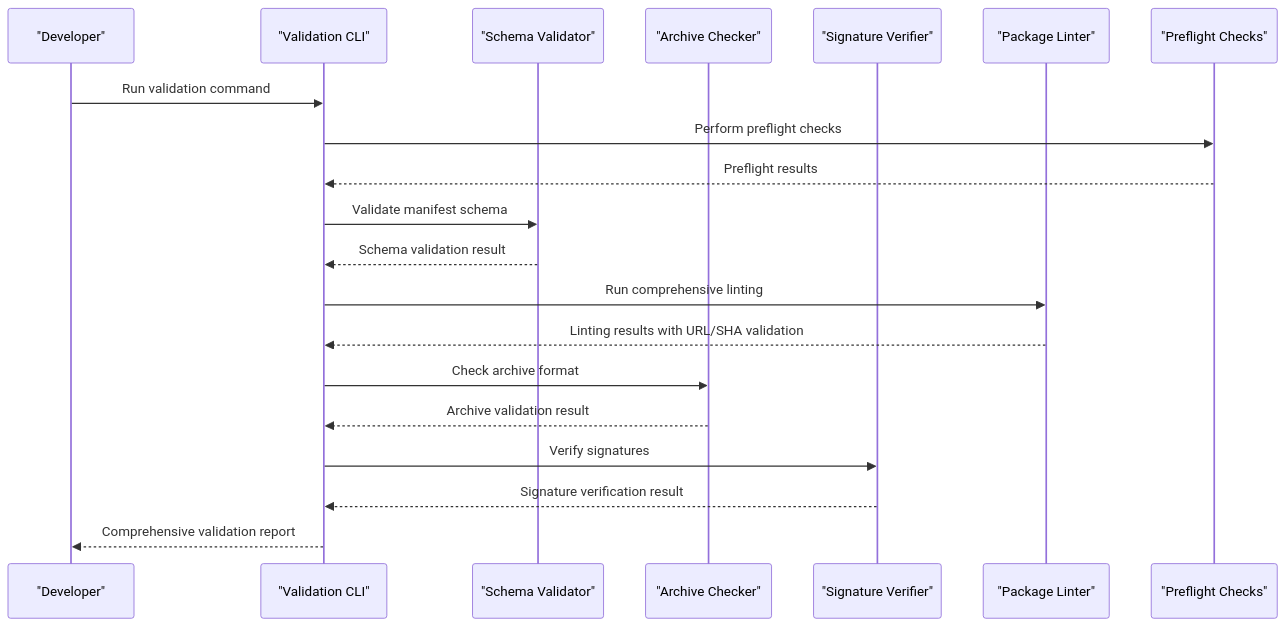
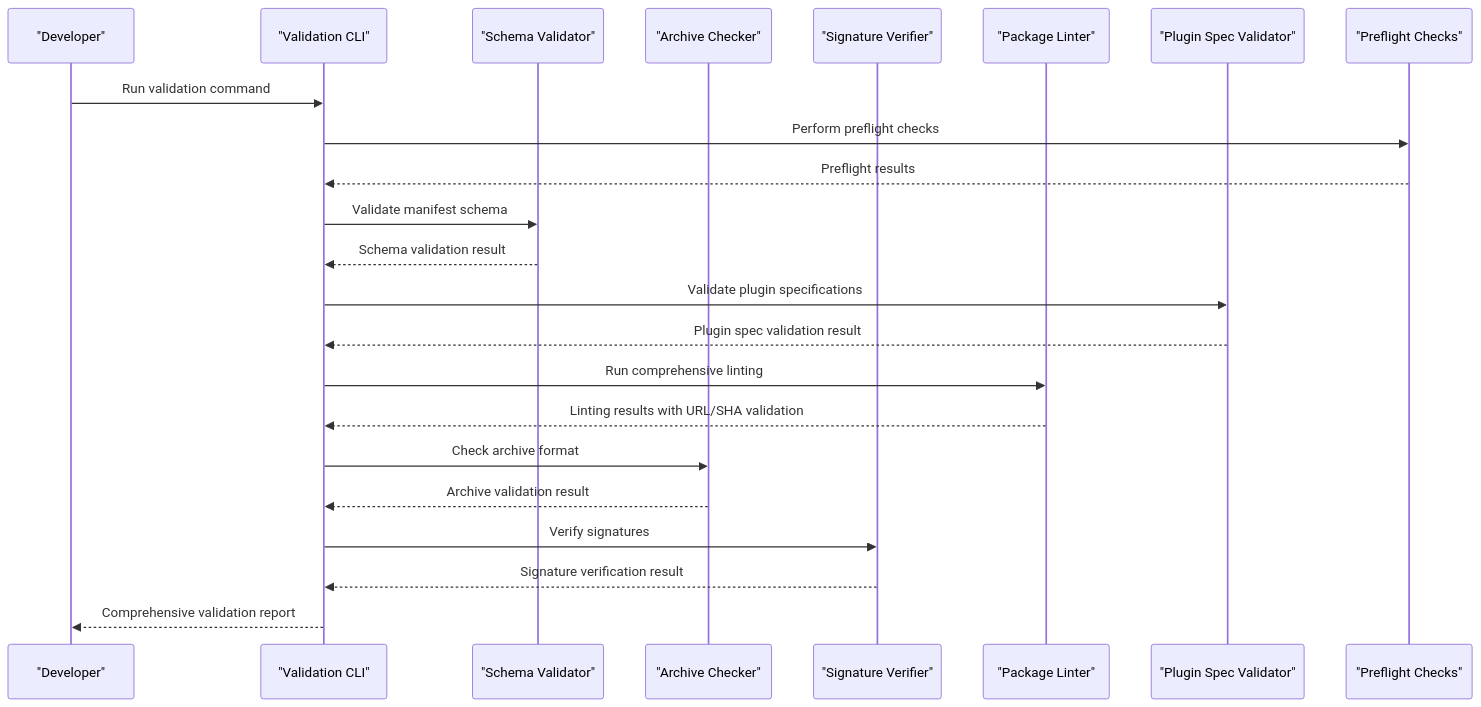
Before and after one commit to tonythethompson/numan-registry: the second of 7 diagrams in .qoder/repowiki/en/content/Package Development Guide/Package Validation and Testing.md, drawn with Mermaid. The commit also changed other lines of this file and 21 other files, not shown here.

````diff
--- a/.qoder/repowiki/en/content/Package Development Guide/Package Validation and Testing.md
+++ b/.qoder/repowiki/en/content/Package Development Guide/Package Validation and Testing.md
@@ -130,22 +159,27 @@
 ```mermaid
+
 sequenceDiagram
 participant Dev as "Developer"
 participant CLI as "Validation CLI"
 participant Schema as "Schema Validator"
 participant Archive as "Archive Checker"
 participant Sign as "Signature Verifier"
 participant Lint as "Package Linter"
+participant Plugin as "Plugin Spec Validator"
 participant Preflight as "Preflight Checks"
 Dev->>CLI : Run validation command
 CLI->>Preflight : Perform preflight checks
 Preflight-->>CLI : Preflight results
 CLI->>Schema : Validate manifest schema
 Schema-->>CLI : Schema validation result
+CLI->>Plugin : Validate plugin specifications
+Plugin-->>CLI : Plugin spec validation result
 CLI->>Lint : Run comprehensive linting
 Lint-->>CLI : Linting results with URL/SHA validation
 CLI->>Archive : Check archive format
 Archive-->>CLI : Archive validation result
 CLI->>Sign : Verify signatures
 Sign-->>CLI : Signature verification result
 CLI-->>Dev : Comprehensive validation report
+
 ```
````
